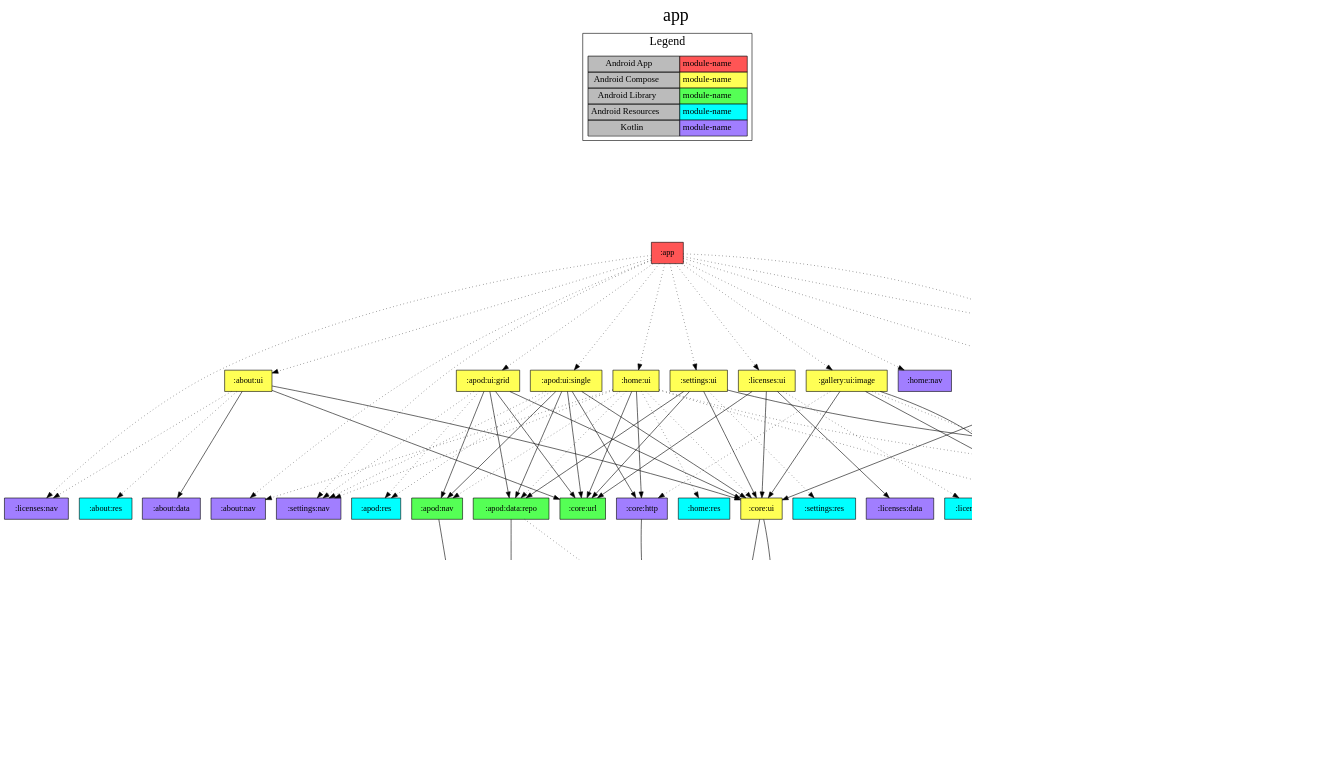
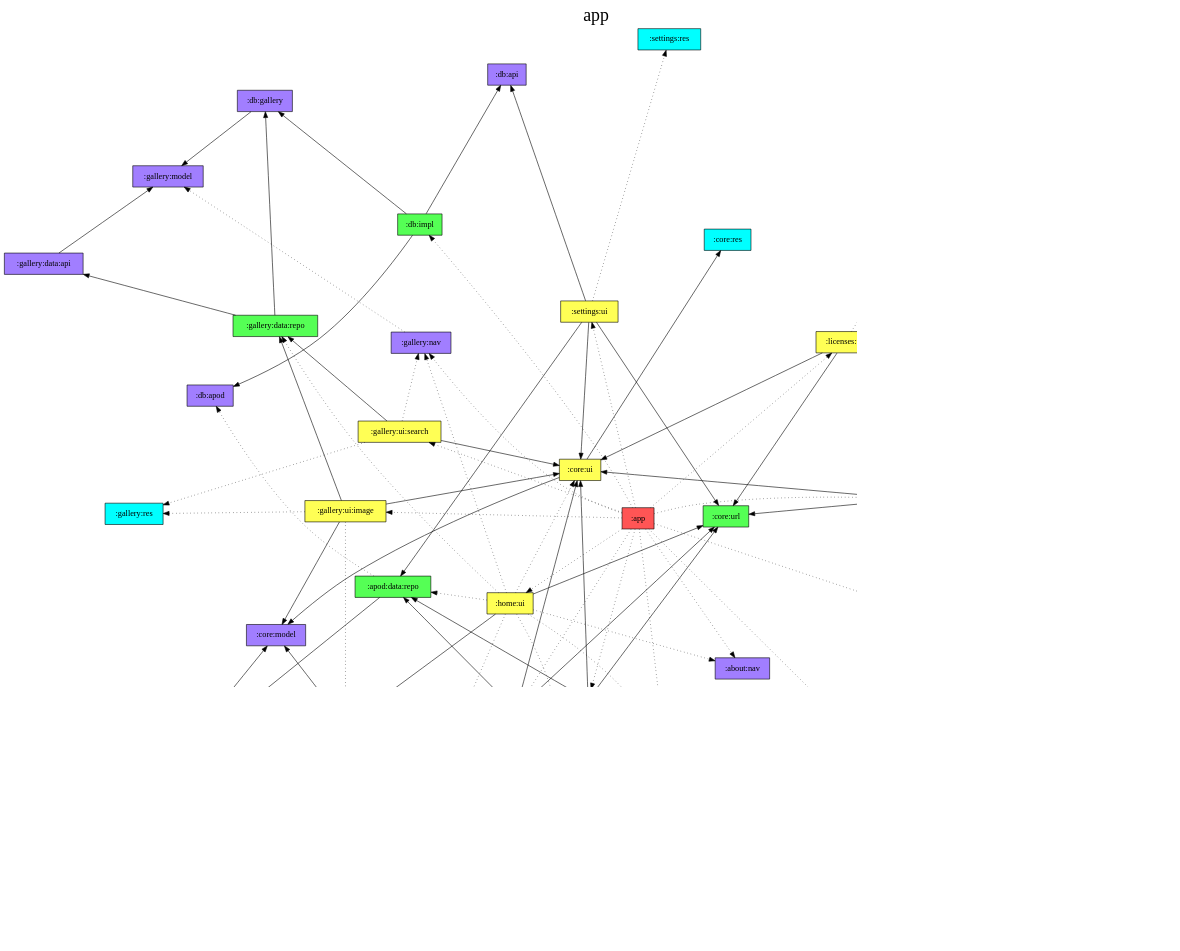
Before and after one commit to jonapoul/nasa-android: the diagram in app/project-dependency-graph.dot, drawn with Graphviz. The commit also changed 1 other file, not shown here.

Commit message:
Different diagram

```diff
--- a/app/project-dependency-graph.dot
+++ b/app/project-dependency-graph.dot
@@ -1,137 +1,137 @@
 digraph {
 edge ["dir"="forward"]
-graph ["dpi"="100","label"="app","labelloc"="t","fontsize"="30","ranksep"="2.5","rankdir"="TB"]
+graph ["dpi"="100","label"="app","labelloc"="t","fontsize"="30","ranksep"="2.5","rankdir"="TB",layout=sfdp,overlap=scale,splines=spline,smoothing=triangle]
 node ["style"="filled"]
 ":app" ["shape"="box","fillcolor"="#FF5555"]
 ":about:nav" ["fillcolor"="#A17EFF","shape"="box"]
 ":about:ui" ["fillcolor"="#FFFF55","shape"="box"]
 ":about:data" ["fillcolor"="#A17EFF","shape"="box"]
 ":core:ui" ["fillcolor"="#FFFF55","shape"="box"]
 ":core:model" ["fillcolor"="#A17EFF","shape"="box"]
 ":core:res" ["fillcolor"="#00FFFF","shape"="box"]
 ":core:url" ["fillcolor"="#55FF55","shape"="box"]
 ":about:res" ["fillcolor"="#00FFFF","shape"="box"]
 ":licenses:nav" ["fillcolor"="#A17EFF","shape"="box"]
 ":apod:ui:grid" ["fillcolor"="#FFFF55","shape"="box"]
 ":apod:data:repo" ["fillcolor"="#55FF55","shape"="box"]
 ":apod:data:api" ["fillcolor"="#A17EFF","shape"="box"]
 ":apod:model" ["fillcolor"="#A17EFF","shape"="box"]
 ":db:apod" ["fillcolor"="#A17EFF","shape"="box"]
 ":apod:nav" ["fillcolor"="#55FF55","shape"="box"]
 ":apod:res" ["fillcolor"="#00FFFF","shape"="box"]
 ":settings:nav" ["fillcolor"="#A17EFF","shape"="box"]
 ":apod:ui:single" ["fillcolor"="#FFFF55","shape"="box"]
 ":core:http" ["fillcolor"="#A17EFF","shape"="box"]
 ":db:impl" ["fillcolor"="#55FF55","shape"="box"]
 ":db:api" ["fillcolor"="#A17EFF","shape"="box"]
 ":db:gallery" ["fillcolor"="#A17EFF","shape"="box"]
 ":gallery:model" ["fillcolor"="#A17EFF","shape"="box"]
 ":gallery:nav" ["fillcolor"="#A17EFF","shape"="box"]
 ":gallery:ui:image" ["fillcolor"="#FFFF55","shape"="box"]
 ":gallery:data:repo" ["fillcolor"="#55FF55","shape"="box"]
 ":gallery:data:api" ["fillcolor"="#A17EFF","shape"="box"]
 ":gallery:res" ["fillcolor"="#00FFFF","shape"="box"]
 ":gallery:ui:search" ["fillcolor"="#FFFF55","shape"="box"]
 ":home:nav" ["fillcolor"="#A17EFF","shape"="box"]
 ":home:ui" ["fillcolor"="#FFFF55","shape"="box"]
 ":home:res" ["fillcolor"="#00FFFF","shape"="box"]
 ":licenses:ui" ["fillcolor"="#FFFF55","shape"="box"]
 ":licenses:data" ["fillcolor"="#A17EFF","shape"="box"]
 ":licenses:res" ["fillcolor"="#00FFFF","shape"="box"]
 ":settings:ui" ["fillcolor"="#FFFF55","shape"="box"]
 ":settings:res" ["fillcolor"="#00FFFF","shape"="box"]
 {
 edge ["dir"="none"]
 graph ["rank"="same"]
 ":app"
 }
 ":app" -> ":about:nav" ["style"="dotted"]
 ":app" -> ":about:ui" ["style"="dotted"]
 ":app" -> ":apod:ui:grid" ["style"="dotted"]
 ":app" -> ":apod:ui:single" ["style"="dotted"]
 ":app" -> ":db:impl" ["style"="dotted"]
 ":app" -> ":gallery:nav" ["style"="dotted"]
 ":app" -> ":gallery:ui:image" ["style"="dotted"]
 ":app" -> ":gallery:ui:search" ["style"="dotted"]
 ":app" -> ":home:nav" ["style"="dotted"]
 ":app" -> ":home:ui" ["style"="dotted"]
 ":app" -> ":licenses:nav" ["style"="dotted"]
 ":app" -> ":licenses:ui" ["style"="dotted"]
 ":app" -> ":settings:nav" ["style"="dotted"]
 ":app" -> ":settings:ui" ["style"="dotted"]
 ":about:ui" -> ":about:data"
 ":about:ui" -> ":core:ui"
 ":about:ui" -> ":core:url"
 ":about:ui" -> ":about:res" ["style"="dotted"]
 ":about:ui" -> ":licenses:nav" ["style"="dotted"]
 ":core:ui" -> ":core:model"
 ":core:ui" -> ":core:res"
 ":apod:ui:grid" -> ":apod:data:repo"
 ":apod:ui:grid" -> ":apod:nav"
 ":apod:ui:grid" -> ":core:ui"
 ":apod:ui:grid" -> ":core:url"
 ":apod:ui:grid" -> ":apod:res" ["style"="dotted"]
 ":apod:ui:grid" -> ":settings:nav" ["style"="dotted"]
 ":apod:data:repo" -> ":apod:data:api"
 ":apod:data:repo" -> ":db:apod" ["style"="dotted"]
 ":apod:data:api" -> ":apod:model"
 ":apod:data:api" -> ":core:model"
 ":apod:nav" -> ":apod:model"
 ":apod:ui:single" -> ":apod:data:repo"
 ":apod:ui:single" -> ":apod:nav"
 ":apod:ui:single" -> ":core:http"
 ":apod:ui:single" -> ":core:ui"
 ":apod:ui:single" -> ":core:url"
 ":apod:ui:single" -> ":apod:res" ["style"="dotted"]
 ":apod:ui:single" -> ":settings:nav" ["style"="dotted"]
 ":core:http" -> ":core:model"
 ":db:impl" -> ":db:api"
 ":db:impl" -> ":db:apod"
 ":db:impl" -> ":db:gallery"
 ":db:gallery" -> ":gallery:model"
 ":gallery:nav" -> ":gallery:model" ["style"="dotted"]
 ":gallery:ui:image" -> ":core:model"
 ":gallery:ui:image" -> ":core:ui"
 ":gallery:ui:image" -> ":gallery:data:repo"
 ":gallery:ui:image" -> ":core:http" ["style"="dotted"]
 ":gallery:ui:image" -> ":gallery:res" ["style"="dotted"]
 ":gallery:data:repo" -> ":db:gallery"
 ":gallery:data:repo" -> ":gallery:data:api"
 ":gallery:data:api" -> ":gallery:model"
 ":gallery:ui:search" -> ":core:ui"
 ":gallery:ui:search" -> ":gallery:data:repo"
 ":gallery:ui:search" -> ":gallery:nav" ["style"="dotted"]
 ":gallery:ui:search" -> ":gallery:res" ["style"="dotted"]
 ":home:ui" -> ":core:http"
 ":home:ui" -> ":core:url"
 ":home:ui" -> ":about:nav" ["style"="dotted"]
 ":home:ui" -> ":apod:data:repo" ["style"="dotted"]
 ":home:ui" -> ":apod:nav" ["style"="dotted"]
 ":home:ui" -> ":core:ui" ["style"="dotted"]
 ":home:ui" -> ":gallery:data:repo" ["style"="dotted"]
 ":home:ui" -> ":gallery:nav" ["style"="dotted"]
 ":home:ui" -> ":home:res" ["style"="dotted"]
 ":home:ui" -> ":settings:nav" ["style"="dotted"]
 ":licenses:ui" -> ":core:ui"
 ":licenses:ui" -> ":core:url"
 ":licenses:ui" -> ":licenses:data"
 ":licenses:ui" -> ":licenses:res" ["style"="dotted"]
 ":settings:ui" -> ":apod:data:repo"
 ":settings:ui" -> ":core:ui"
 ":settings:ui" -> ":core:url"
 ":settings:ui" -> ":db:api"
 ":settings:ui" -> ":settings:res" ["style"="dotted"]
 subgraph "cluster_legend" {
 edge ["dir"="none"]
 graph ["label"="Legend","fontsize"="20"]
 "Legend" ["style"="filled","fillcolor"="#bbbbbb","shape"="none","margin"="0","fontsize"="15","label"=<
 <TABLE BORDER="0" CELLBORDER="1" CELLSPACING="0" CELLPADDING="4">
 <TR><TD>Android App</TD><TD BGCOLOR="#FF5555">module-name</TD></TR>
 <TR><TD>Android Compose</TD><TD BGCOLOR="#FFFF55">module-name</TD></TR>
 <TR><TD>Android Library</TD><TD BGCOLOR="#55FF55">module-name</TD></TR>
 <TR><TD>Android Resources</TD><TD BGCOLOR="#00FFFF">module-name</TD></TR>
 <TR><TD>Kotlin</TD><TD BGCOLOR="#A17EFF">module-name</TD></TR>
 </TABLE>
 >]
-} -> ":app" ["style"="invis"]
 }
+}
```
